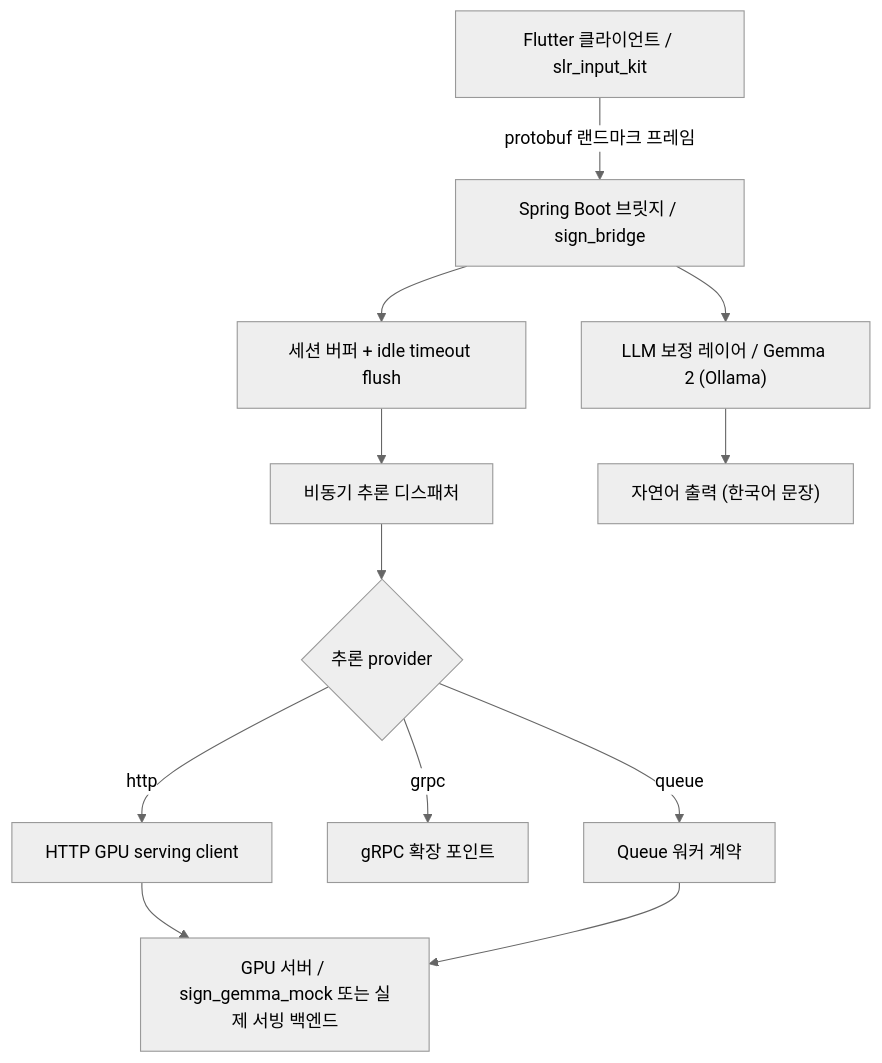
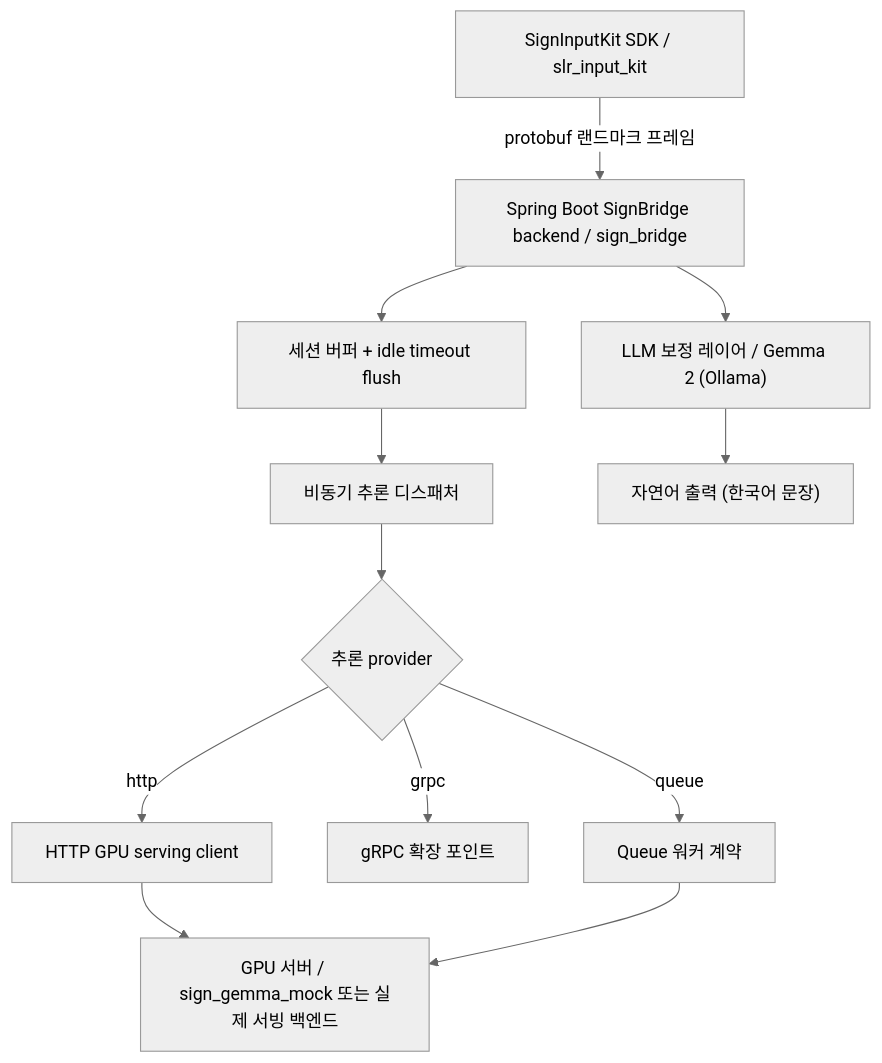
The diagram in README_ko.md (clevekim00/mj_sign), drawn with Mermaid (neutral theme) before and after one commit. The commit also changed other lines of this file and 34 other files, not shown here.

````diff
--- a/README_ko.md
+++ b/README_ko.md
@@ -17,14 +19,14 @@
 ```mermaid
 graph TD
-    A["Flutter 클라이언트 / slr_input_kit"] -->|"protobuf 랜드마크 프레임"| B["Spring Boot 브릿지 / sign_bridge"]
+    A["SignInputKit SDK / slr_input_kit"] -->|"protobuf 랜드마크 프레임"| B["Spring Boot SignBridge backend / sign_bridge"]
     B --> C["세션 버퍼 + idle timeout flush"]
     C --> D["비동기 추론 디스패처"]
     D --> E{"추론 provider"}
     E -->|"http"| F["HTTP GPU serving client"]
     E -->|"grpc"| G["gRPC 확장 포인트"]
     E -->|"queue"| H["Queue 워커 계약"]
     F --> I["GPU 서버 / sign_gemma_mock 또는 실제 서빙 백엔드"]
     H --> I
     B --> J["LLM 보정 레이어 / Gemma 2 (Ollama)"]
     J --> K["자연어 출력 (한국어 문장)"]
 ```
````
